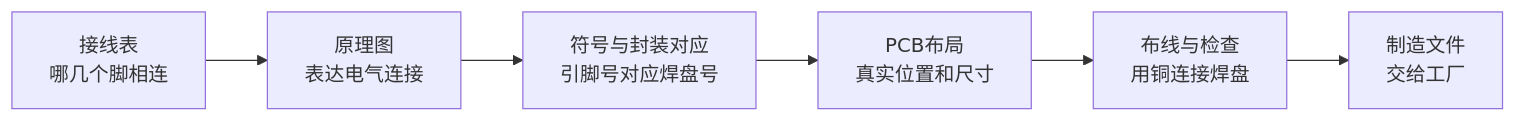
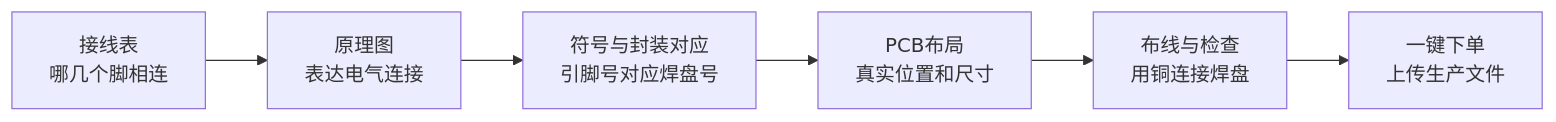
One commit to kiroeko/media-controller changed the diagram in hardware/pcb/TUTORIAL.md. Above: the diagram before and after it, drawn with Mermaid. The commit also changed other lines of this file and 3 other files, not shown here.

````diff
--- a/hardware/pcb/TUTORIAL.md
+++ b/hardware/pcb/TUTORIAL.md
@@ -9,8 +9,8 @@
 ```mermaid
 flowchart LR
   A[接线表<br/>哪几个脚相连] --> B[原理图<br/>表达电气连接]
   B --> C[符号与封装对应<br/>引脚号对应焊盘号]
   C --> D[PCB布局<br/>真实位置和尺寸]
   D --> E[布线与检查<br/>用铜连接焊盘]
-  E --> F[制造文件<br/>交给工厂]
+  E --> F[一键下单<br/>上传生产文件]
 ```
````
